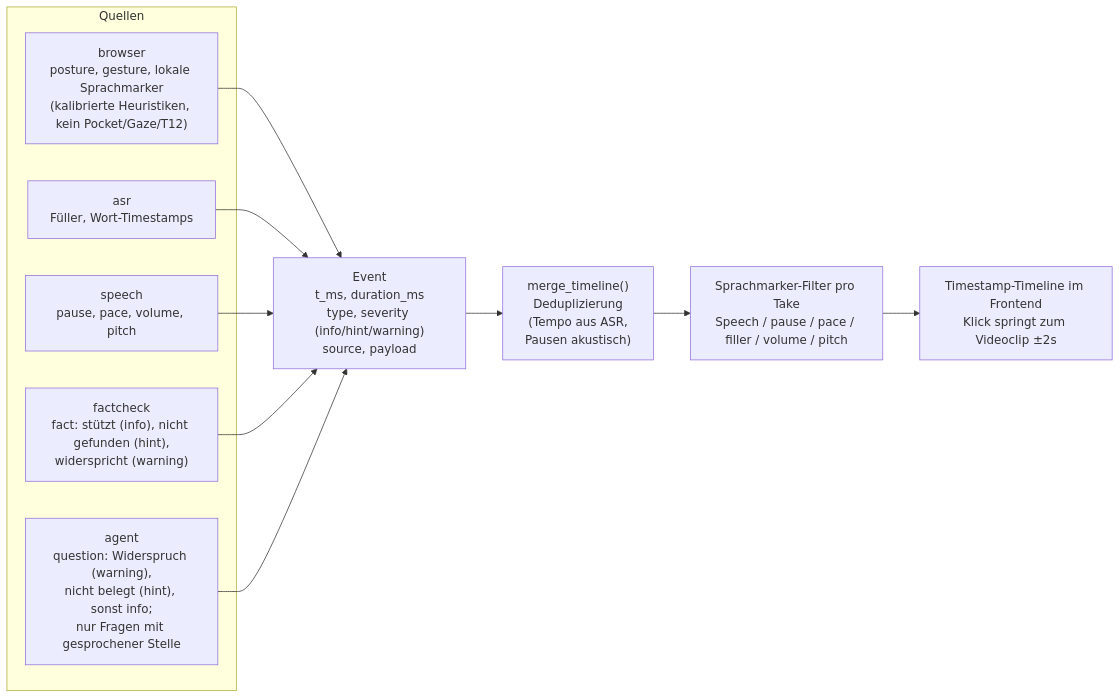
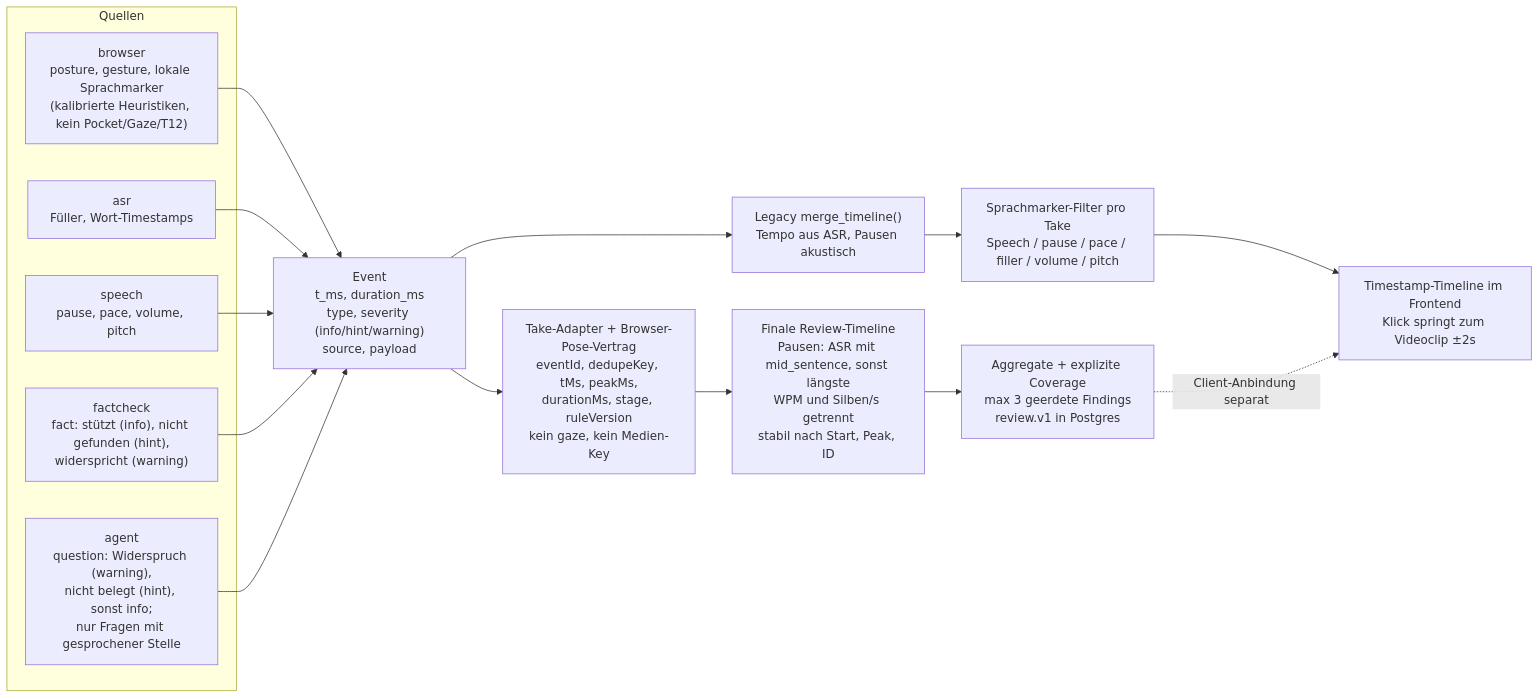
One commit to johannes3502/hackathon-fulda changed diagram 11 of 12 in docs/03-architecture.md. Above: the diagram before and after it, drawn with Mermaid. The commit also changed other lines of this file and 30 other files, not shown here.

````diff
--- a/docs/03-architecture.md
+++ b/docs/03-architecture.md
@@ -452,22 +579,26 @@
 ```mermaid
 flowchart LR
     subgraph Quellen
         B["browser<br/>posture, gesture, lokale Sprachmarker<br/>(kalibrierte Heuristiken, kein Pocket/Gaze/T12)"]
         A["asr<br/>Füller, Wort-Timestamps"]
         S["speech<br/>pause, pace, volume, pitch"]
         F["factcheck<br/>fact: stützt (info), nicht gefunden (hint),<br/>widerspricht (warning)"]
         G["agent<br/>question: Widerspruch (warning),<br/>nicht belegt (hint), sonst info;<br/>nur Fragen mit gesprochener Stelle"]
     end
 
     EV["Event<br/>t_ms, duration_ms<br/>type, severity (info/hint/warning)<br/>source, payload"]
 
     B --> EV
     A --> EV
     S --> EV
     F --> EV
     G --> EV
 
-    EV --> MT["merge_timeline()<br/>Deduplizierung<br/>(Tempo aus ASR,<br/>Pausen akustisch)"]
+    EV --> MT["Legacy merge_timeline()<br/>Tempo aus ASR, Pausen akustisch"]
+    EV --> PERSIST["Take-Adapter + Browser-Pose-Vertrag<br/>eventId, dedupeKey, tMs, peakMs,<br/>durationMs, stage, ruleVersion<br/>kein gaze, kein Medien-Key"]
+    PERSIST --> REVIEWMERGE["Finale Review-Timeline<br/>Pausen: ASR mit mid_sentence, sonst längste<br/>WPM und Silben/s getrennt<br/>stabil nach Start, Peak, ID"]
+    REVIEWMERGE --> REPORT["Aggregate + explizite Coverage<br/>max 3 geerdete Findings<br/>review.v1 in Postgres"]
     MT --> FILTER["Sprachmarker-Filter pro Take<br/>Speech / pause / pace / filler / volume / pitch"]
     FILTER --> UI["Timestamp-Timeline im Frontend<br/>Klick springt zum Videoclip ±2s"]
+    REPORT -. "Client-Anbindung separat" .-> UI
 ```
````
